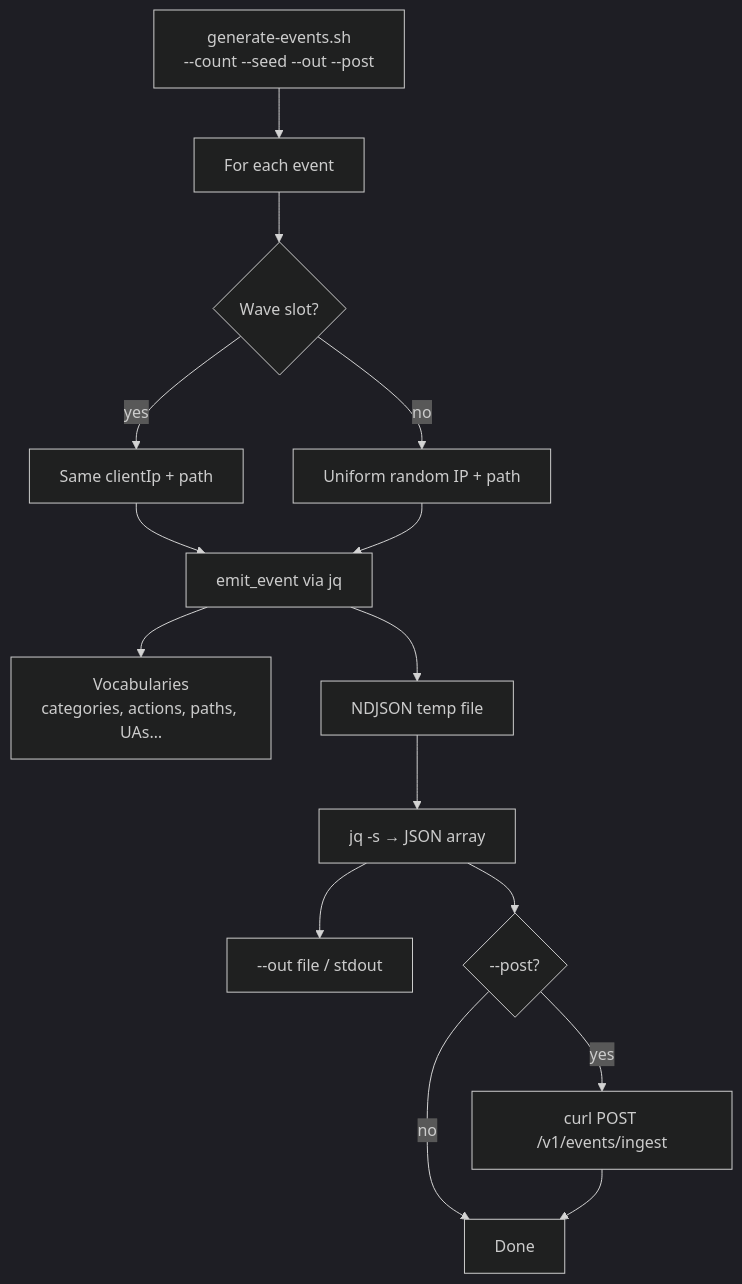
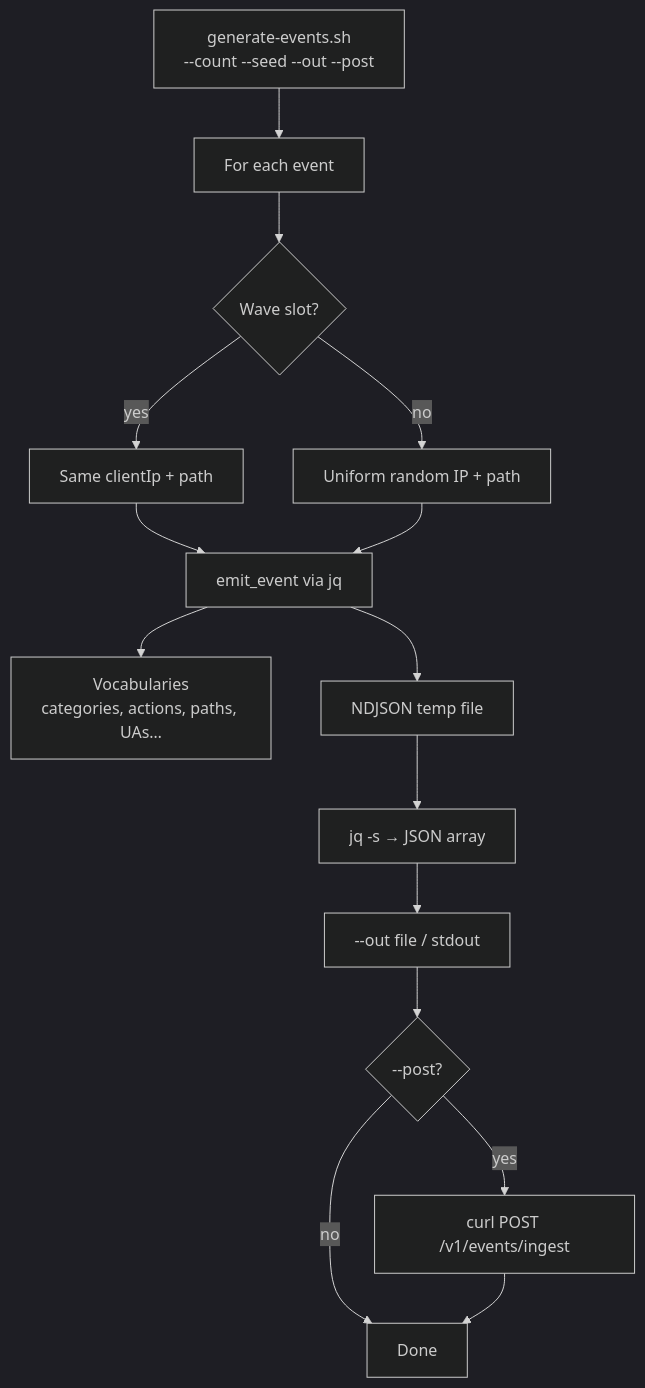
Before and after one commit to oreltop/Mini-Security-Analytics-Pipeline: the diagram in docs/generator.md, drawn with Mermaid (dark theme). The commit also changed other lines of this file and 9 other files, not shown here.

````diff
--- a/docs/generator.md
+++ b/docs/generator.md
@@ -9,17 +9,17 @@
 ```mermaid
 flowchart TD
   CLI["generate-events.sh\n--count --seed --out --post"] --> Loop["For each event"]
   Loop --> Wave{"Wave slot?"}
   Wave -->|yes| Burst["Same clientIp + path"]
   Wave -->|no| Rand["Uniform random IP + path"]
   Burst --> Emit["emit_event via jq"]
   Rand --> Emit
   Emit --> Vocab["Vocabularies\ncategories, actions, paths, UAs…"]
   Emit --> NDJSON["NDJSON temp file"]
   NDJSON --> Array["jq -s → JSON array"]
   Array --> File["--out file / stdout"]
-  Array --> Post{"--post?"}
+  File --> Post{"--post?"}
   Post -->|yes| Curl["curl POST /v1/events/ingest"]
   Post -->|no| Done["Done"]
   Curl --> Done
 ```
````
